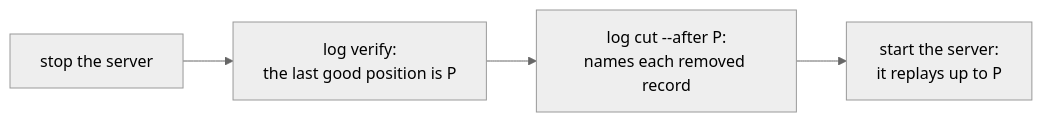
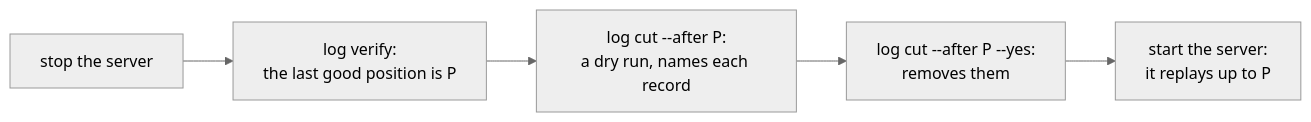
The seventh of 8 diagrams in docs/src/development.md (como-technologies/riff), drawn with Mermaid (neutral theme) before and after one commit. The commit also changed other lines of this file and 10 other files, not shown here.

First line of the commit message:
log cut has a dry run, reads the lease, and keeps the good part of the log (#418)

````diff
--- a/docs/src/development.md
+++ b/docs/src/development.md
@@ -940,6 +1037,7 @@
 ```mermaid
 flowchart LR
     S[stop the server] --> V[log verify:<br/>the last good position is P]
-    V --> C[log cut --after P:<br/>names each removed record]
+    V --> D[log cut --after P:<br/>a dry run, names each record]
+    D --> C[log cut --after P --yes:<br/>removes them]
     C --> R[start the server:<br/>it replays up to P]
 ```
````
